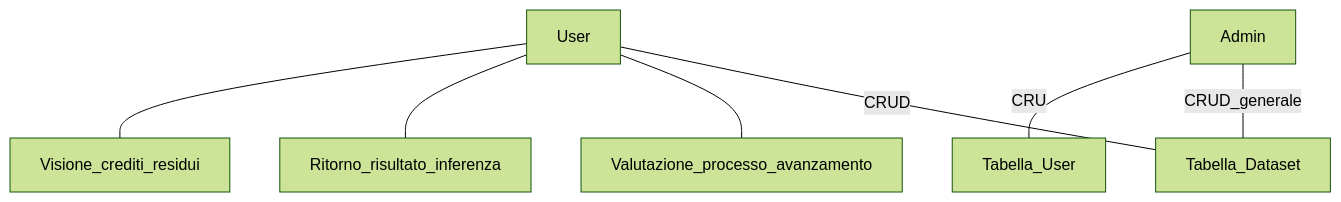
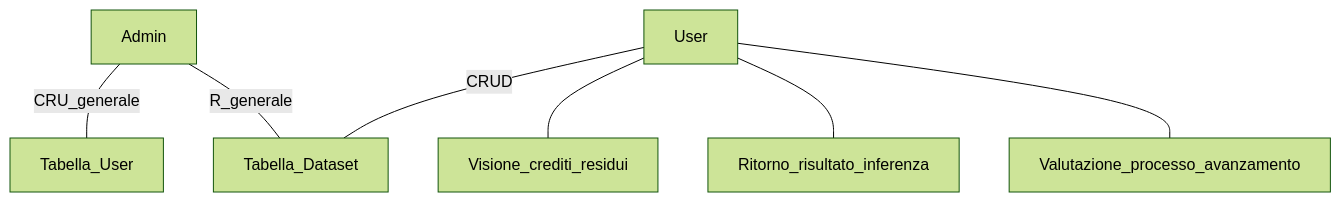
One commit to AgneseBruglia/PA2024 changed the third of 15 diagrams in README.md. Above: the diagram before and after it, drawn with Mermaid (forest theme). The commit also changed other lines of this file, not shown here.

````diff
--- a/README.md
+++ b/README.md
@@ -74,10 +75,10 @@
 ```mermaid
 graph TD
-    User ---|CRUD| Tabella_Dataset
-    Admin ---|CRUD_generale| Tabella_Dataset
-    Admin ---|CRU| Tabella_User
+    Admin ---|R_generale| Tabella_Dataset
+    Admin ---|CRU_generale| Tabella_User
+
     User --- Valutazione_processo_avanzamento
     User --- Ritorno_risultato_inferenza
     User --- Visione_crediti_residui
-
+    User ---|CRUD| Tabella_Dataset
 ```
````
